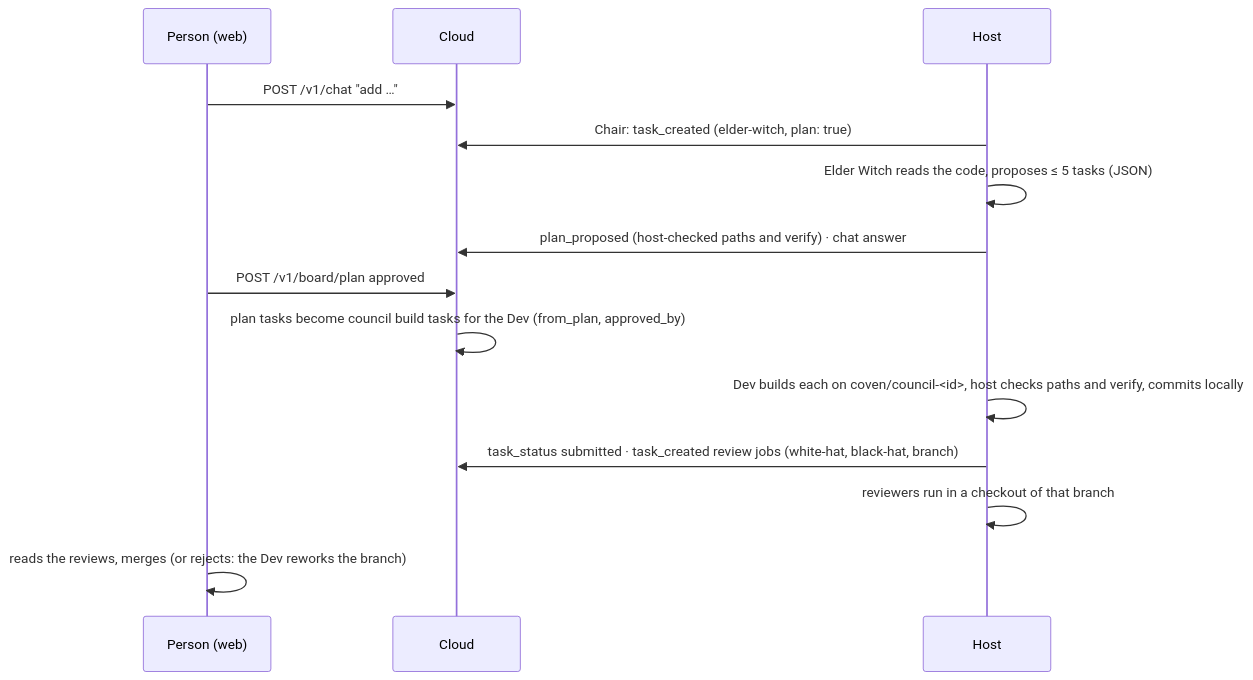
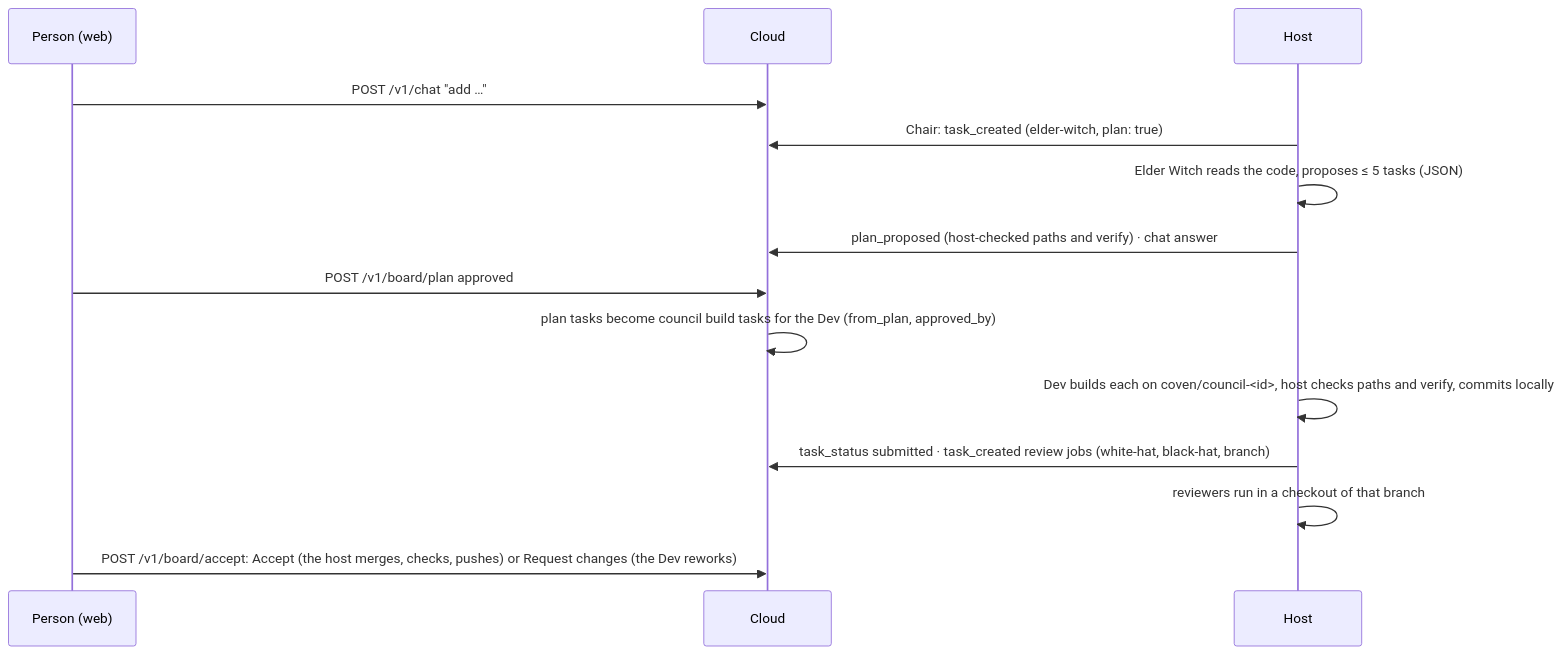
The sixth of 7 diagrams in docs/ADD.md (duynguyendang/coven), drawn with Mermaid before and after one commit. The commit also changed other lines of this file and 30 other files, not shown here.

````diff
--- a/docs/ADD.md
+++ b/docs/ADD.md
@@ -203,16 +203,16 @@
 ```mermaid
 sequenceDiagram
     participant P as Person (web)
     participant C as Cloud
     participant H as Host
     P->>C: POST /v1/chat "add …"
     H->>C: Chair: task_created (elder-witch, plan: true)
     H->>H: Elder Witch reads the code, proposes ≤ 5 tasks (JSON)
     H->>C: plan_proposed (host-checked paths and verify) · chat answer
     P->>C: POST /v1/board/plan approved
     C->>C: plan tasks become council build tasks for the Dev (from_plan, approved_by)
     H->>H: Dev builds each on coven/council-<id>, host checks paths and verify, commits locally
     H->>C: task_status submitted · task_created review jobs (white-hat, black-hat, branch)
     H->>H: reviewers run in a checkout of that branch
-    P->>P: reads the reviews, merges (or rejects: the Dev reworks the branch)
+    P->>C: POST /v1/board/accept: Accept (the host merges, checks, pushes) or Request changes (the Dev reworks)
 ```
````
